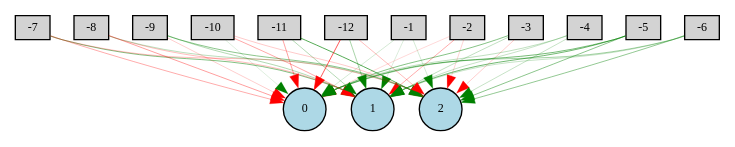
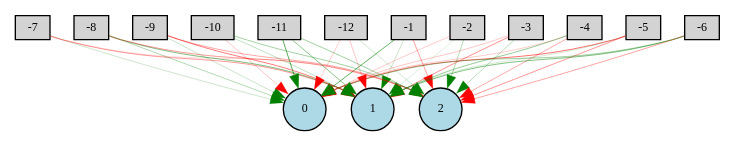
One commit to fangyuan-ksgk/SlimeBall changed the diagram in Digraph.gv. Above: the diagram before and after it, drawn with Graphviz. The commit also changed 1918 other files, not shown here.

```diff
--- a/Digraph.gv
+++ b/Digraph.gv
@@ -1,54 +1,54 @@
 digraph {
 	node [fontsize=9 height=0.2 shape=circle width=0.2]
 	-1 [fillcolor=lightgray shape=box style=filled]
 	-2 [fillcolor=lightgray shape=box style=filled]
 	-3 [fillcolor=lightgray shape=box style=filled]
 	-4 [fillcolor=lightgray shape=box style=filled]
 	-5 [fillcolor=lightgray shape=box style=filled]
 	-6 [fillcolor=lightgray shape=box style=filled]
 	-7 [fillcolor=lightgray shape=box style=filled]
 	-8 [fillcolor=lightgray shape=box style=filled]
 	-9 [fillcolor=lightgray shape=box style=filled]
 	-10 [fillcolor=lightgray shape=box style=filled]
 	-11 [fillcolor=lightgray shape=box style=filled]
 	-12 [fillcolor=lightgray shape=box style=filled]
 	0 [fillcolor=lightblue style=filled]
 	1 [fillcolor=lightblue style=filled]
 	2 [fillcolor=lightblue style=filled]
-	-1 -> 0 [color=green penwidth=0.1270548611904424 style=solid]
-	-1 -> 1 [color=green penwidth=0.1061264998277771 style=solid]
-	-1 -> 2 [color=green penwidth=0.1280538958526713 style=solid]
-	-2 -> 0 [color=red penwidth=0.11898043644772748 style=solid]
-	-2 -> 1 [color=red penwidth=0.2543927819086557 style=solid]
-	-2 -> 2 [color=red penwidth=0.12562659483649488 style=solid]
-	-3 -> 0 [color=green penwidth=0.3589722318988592 style=solid]
-	-3 -> 1 [color=green penwidth=0.1852719403518603 style=solid]
-	-3 -> 2 [color=red penwidth=0.1462665356027173 style=solid]
-	-4 -> 0 [color=green penwidth=0.18887122609106768 style=solid]
-	-4 -> 1 [color=green penwidth=0.17232246319199399 style=solid]
-	-4 -> 2 [color=green penwidth=0.1747529902403569 style=solid]
-	-5 -> 0 [color=green penwidth=0.3955131555036453 style=solid]
-	-5 -> 1 [color=green penwidth=0.4218723642887605 style=solid]
-	-5 -> 2 [color=green penwidth=0.3379570574213655 style=solid]
-	-6 -> 0 [color=green penwidth=0.2657299568572975 style=solid]
-	-6 -> 1 [color=green penwidth=0.16861559521864877 style=solid]
-	-6 -> 2 [color=green penwidth=0.3187163343402031 style=solid]
-	-7 -> 0 [color=red penwidth=0.2459734672379674 style=solid]
-	-7 -> 1 [color=green penwidth=0.37200104785242905 style=solid]
-	-7 -> 2 [color=red penwidth=0.19605407246895895 style=solid]
-	-8 -> 0 [color=red penwidth=0.2905176198953642 style=solid]
-	-8 -> 1 [color=red penwidth=0.19741469925830718 style=solid]
-	-8 -> 2 [color=green penwidth=0.19650009206664626 style=solid]
-	-9 -> 0 [color=red penwidth=0.14728691138405806 style=solid]
-	-9 -> 1 [color=green penwidth=0.231319466990108 style=solid]
-	-9 -> 2 [color=green penwidth=0.3431439802156121 style=solid]
-	-10 -> 0 [color=green penwidth=0.10171435707702024 style=solid]
-	-10 -> 1 [color=red penwidth=0.2600064869334866 style=solid]
-	-10 -> 2 [color=red penwidth=0.1576488289419148 style=solid]
-	-11 -> 0 [color=red penwidth=0.2788947646066704 style=solid]
-	-11 -> 1 [color=green penwidth=0.2249658564202049 style=solid]
-	-11 -> 2 [color=green penwidth=0.4973407200808895 style=solid]
-	-12 -> 0 [color=red penwidth=0.4962703347582418 style=solid]
-	-12 -> 1 [color=green penwidth=0.25907336212367404 style=solid]
-	-12 -> 2 [color=red penwidth=0.19618947473692924 style=solid]
+	-1 -> 0 [color=green penwidth=0.46182846856831816 style=solid]
+	-1 -> 1 [color=green penwidth=0.16086753313317 style=solid]
+	-1 -> 2 [color=red penwidth=0.2898604776547704 style=solid]
+	-2 -> 0 [color=red penwidth=0.16464937807098212 style=solid]
+	-2 -> 1 [color=green penwidth=0.10311783800912473 style=solid]
+	-2 -> 2 [color=green penwidth=0.22748783405259287 style=solid]
+	-3 -> 0 [color=red penwidth=0.17415208549585132 style=solid]
+	-3 -> 1 [color=red penwidth=0.3340212066203212 style=solid]
+	-3 -> 2 [color=green penwidth=0.20119015571578086 style=solid]
+	-4 -> 0 [color=red penwidth=0.1491746811593206 style=solid]
+	-4 -> 1 [color=green penwidth=0.3145843766625672 style=solid]
+	-4 -> 2 [color=red penwidth=0.24527264777171465 style=solid]
+	-5 -> 0 [color=red penwidth=0.42466497917887414 style=solid]
+	-5 -> 1 [color=green penwidth=0.13259366340880252 style=solid]
+	-5 -> 2 [color=red penwidth=0.3118694807493858 style=solid]
+	-6 -> 0 [color=green penwidth=0.28449127995263496 style=solid]
+	-6 -> 1 [color=green penwidth=0.3734411059476811 style=solid]
+	-6 -> 2 [color=red penwidth=0.27361937365494843 style=solid]
+	-7 -> 0 [color=green penwidth=0.14995517814232973 style=solid]
+	-7 -> 1 [color=red penwidth=0.29618601747985035 style=solid]
+	-7 -> 2 [color=red penwidth=0.10961690689384215 style=solid]
+	-8 -> 0 [color=green penwidth=0.22657105357762253 style=solid]
+	-8 -> 1 [color=green penwidth=0.38214167015179723 style=solid]
+	-8 -> 2 [color=red penwidth=0.2963611961563492 style=solid]
+	-9 -> 0 [color=green penwidth=0.16463321865145464 style=solid]
+	-9 -> 1 [color=red penwidth=0.3861782781813363 style=solid]
+	-9 -> 2 [color=red penwidth=0.2629619358668125 style=solid]
+	-10 -> 0 [color=red penwidth=0.17343992233413802 style=solid]
+	-10 -> 1 [color=green penwidth=0.1942132591691662 style=solid]
+	-10 -> 2 [color=green penwidth=0.26874752957287185 style=solid]
+	-11 -> 0 [color=green penwidth=0.49157228047315304 style=solid]
+	-11 -> 1 [color=green penwidth=0.33899330711111353 style=solid]
+	-11 -> 2 [color=green penwidth=0.28024664683317857 style=solid]
+	-12 -> 0 [color=red penwidth=0.14899281926680985 style=solid]
+	-12 -> 1 [color=red penwidth=0.1708694601248265 style=solid]
+	-12 -> 2 [color=green penwidth=0.1361469238250937 style=solid]
 }
```
